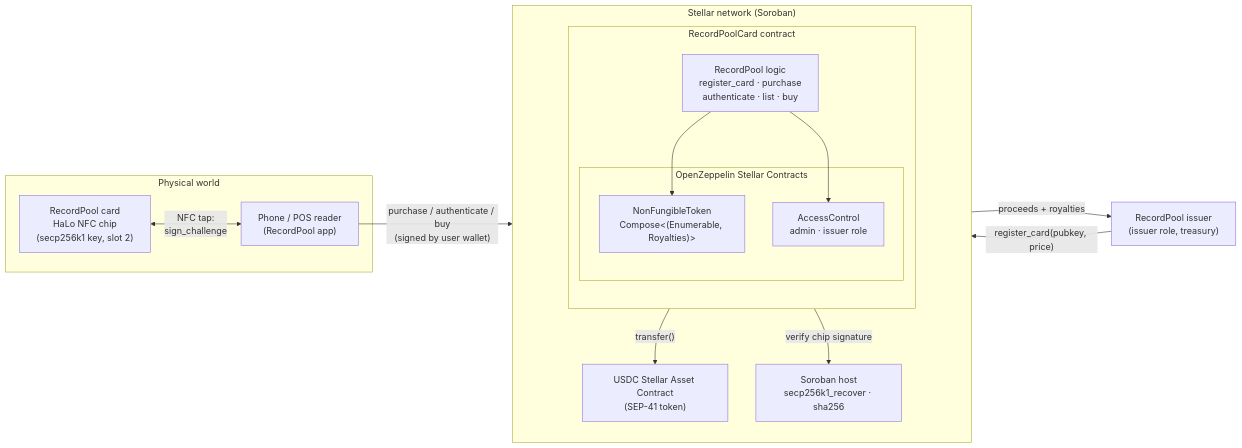
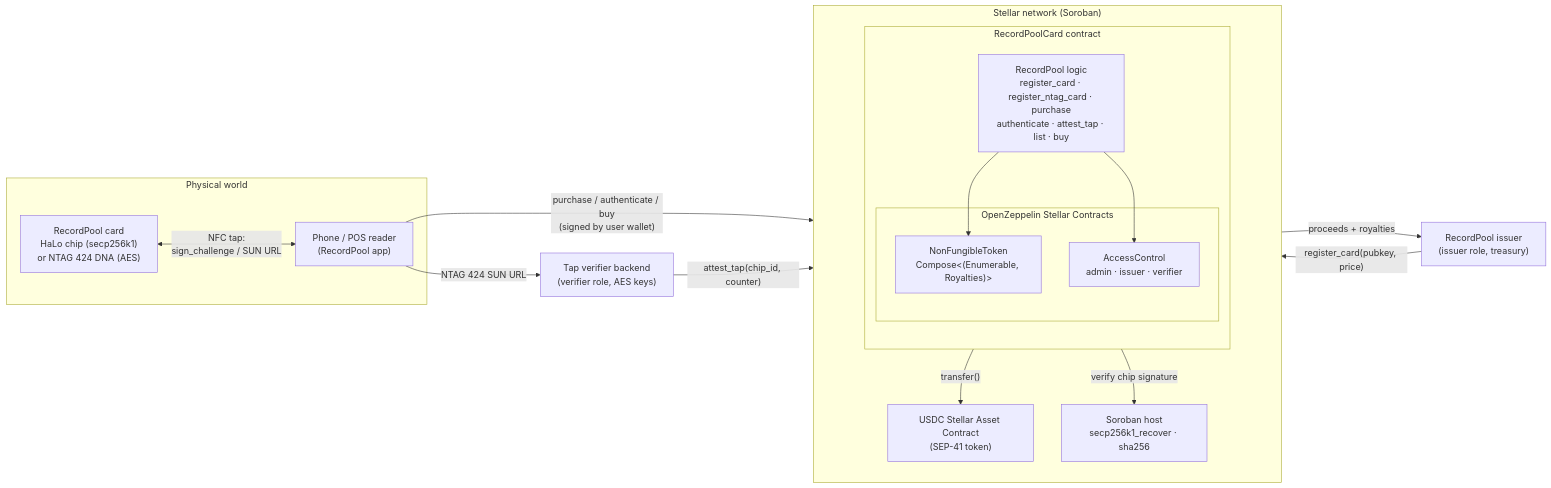
One commit to sabotensf/arx-halo-soroban-demo changed the first of 3 diagrams in README.md. Above: the diagram before and after it, drawn with Mermaid. The commit also changed other lines of this file and 14 other files, not shown here.

First line of the commit message:
Support NTAG 424 DNA cards via a verifier role and on-chain tap counters

````diff
--- a/README.md
+++ b/README.md
@@ -44,30 +72,33 @@
 ```mermaid
 flowchart LR
     subgraph Physical["Physical world"]
-        CHIP["RecordPool card<br/>HaLo NFC chip<br/>(secp256k1 key, slot 2)"]
+        CHIP["RecordPool card<br/>HaLo chip (secp256k1)<br/>or NTAG 424 DNA (AES)"]
         PHONE["Phone / POS reader<br/>(RecordPool app)"]
-        CHIP <-- "NFC tap:<br/>sign_challenge" --> PHONE
+        CHIP <-- "NFC tap:<br/>sign_challenge / SUN URL" --> PHONE
     end
+    VERIFIER["Tap verifier backend<br/>(verifier role, AES keys)"]
+    PHONE -- "NTAG 424 SUN URL" --> VERIFIER
 
     subgraph Stellar["Stellar network (Soroban)"]
         direction TB
         subgraph RPC["RecordPoolCard contract"]
             direction TB
-            APP["RecordPool logic<br/>register_card · purchase<br/>authenticate · list · buy"]
+            APP["RecordPool logic<br/>register_card · register_ntag_card · purchase<br/>authenticate · attest_tap · list · buy"]
             subgraph OZ["OpenZeppelin Stellar Contracts"]
                 NFT["NonFungibleToken<br/>Compose&lt;(Enumerable, Royalties)&gt;"]
-                ACL["AccessControl<br/>admin · issuer role"]
+                ACL["AccessControl<br/>admin · issuer · verifier"]
             end
             APP --> NFT
             APP --> ACL
         end
         USDC["USDC Stellar Asset Contract<br/>(SEP-41 token)"]
         HOST["Soroban host<br/>secp256k1_recover · sha256"]
         APP -- "transfer()" --> USDC
         APP -- "verify chip signature" --> HOST
     end
 
     ISSUER["RecordPool issuer<br/>(issuer role, treasury)"] -- "register_card(pubkey, price)" --> APP
     PHONE -- "purchase / authenticate / buy<br/>(signed by user wallet)" --> APP
+    VERIFIER -- "attest_tap(chip_id, counter)" --> APP
     USDC -- "proceeds + royalties" --> ISSUER
 ```
````
